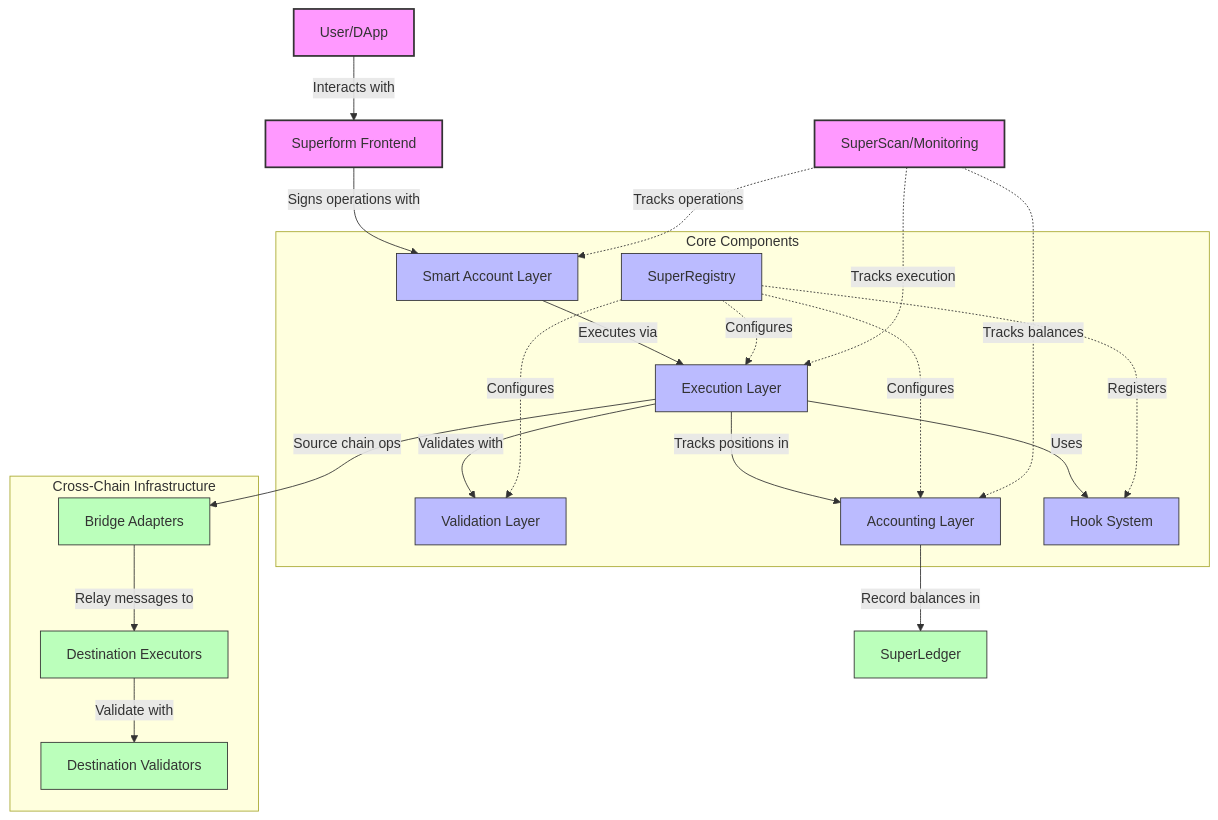
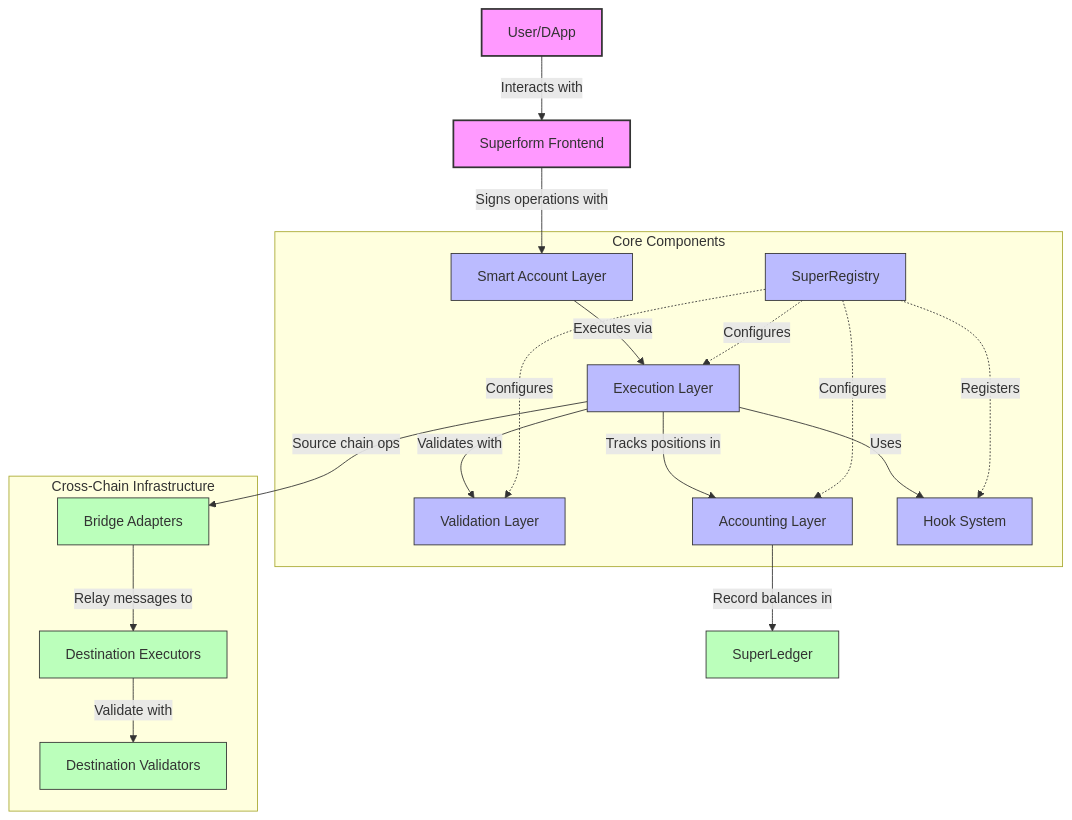
One commit to superform-xyz/v2-core changed the first of 3 diagrams in README.md. Above: the diagram before and after it, drawn with Mermaid. The commit also changed other lines of this file, not shown here.

````diff
--- a/README.md
+++ b/README.md
@@ -20,37 +35,33 @@
 ```mermaid
 graph TD
     User[User/DApp] -->|Interacts with| Frontend[Superform Frontend]
     Frontend -->|Signs operations with| SmartAccount[Smart Account Layer]
     
     subgraph "Core Components"
         SmartAccount -->|Executes via| Executors[Execution Layer]
         Executors -->|Validates with| Validators[Validation Layer]
         Executors -->|Tracks positions in| Accounting[Accounting Layer]
         Executors -->|Uses| Hooks[Hook System]
         
         Registry[SuperRegistry] -.->|Configures| Executors
         Registry -.->|Configures| Validators
         Registry -.->|Configures| Accounting
         Registry -.->|Registers| Hooks
     end
     
     subgraph "Cross-Chain Infrastructure"
         Executors -->|Source chain ops| Bridges[Bridge Adapters]
         Bridges -->|Relay messages to| DestExecutors[Destination Executors]
         DestExecutors -->|Validate with| DestValidators[Destination Validators]
     end
     
     Accounting -->|Record balances in| Ledgers[SuperLedger]
-    
-    Monitoring[SuperScan/Monitoring] -.->|Tracks operations| SmartAccount
-    Monitoring -.->|Tracks execution| Executors
-    Monitoring -.->|Tracks balances| Accounting
 
     classDef userFacing fill:#f9f,stroke:#333,stroke-width:2px;
     classDef core fill:#bbf,stroke:#333,stroke-width:1px;
     classDef infra fill:#bfb,stroke:#333,stroke-width:1px;
     
     class User,Frontend,Monitoring userFacing;
     class SmartAccount,Executors,Validators,Accounting,Hooks,Registry core;
     class Bridges,DestExecutors,DestValidators,Ledgers infra;
 ```
````
